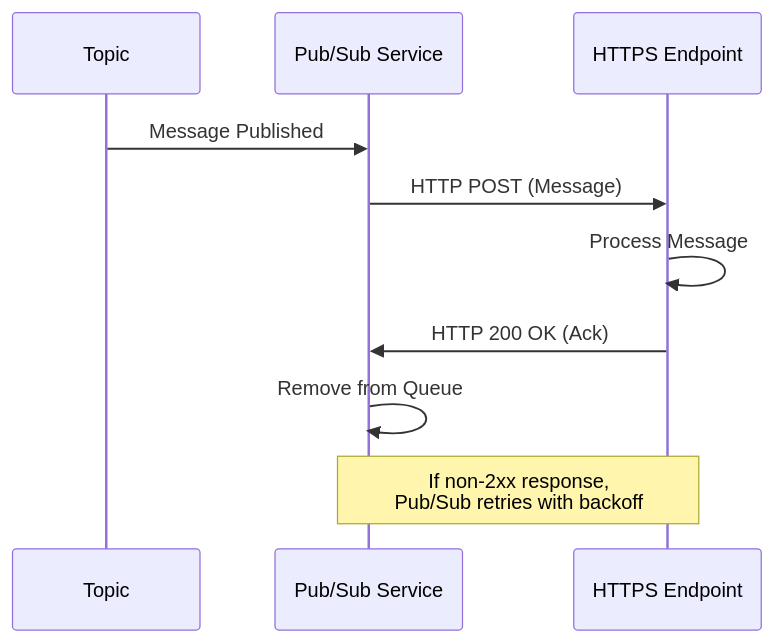
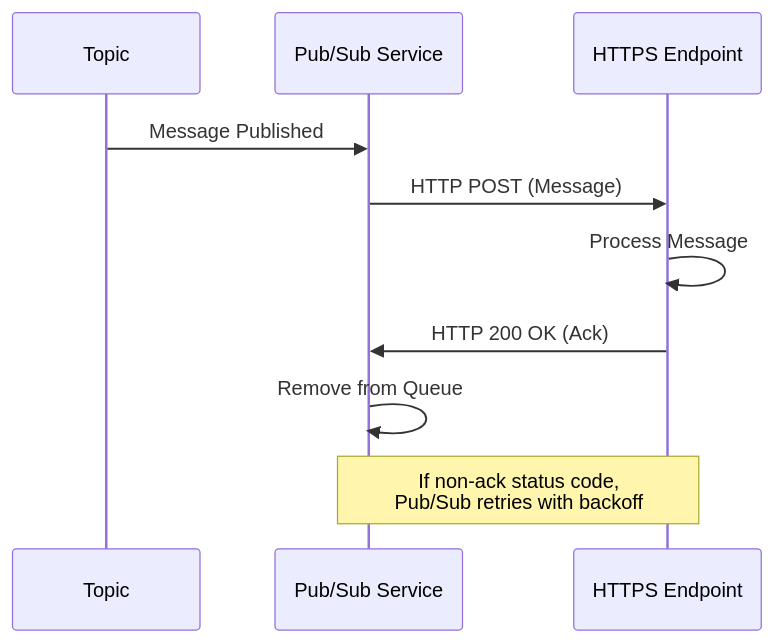
The third of 8 diagrams in posts/2026-01-27-pubsub-subscriptions/README.md (OneUptime/blog), drawn with Mermaid before and after one commit. The commit also changed other lines of this file and 876 other files, not shown here.

````diff
--- a/posts/2026-01-27-pubsub-subscriptions/README.md
+++ b/posts/2026-01-27-pubsub-subscriptions/README.md
@@ -240,14 +240,14 @@
 ```mermaid
 sequenceDiagram
     participant T as Topic
     participant PS as Pub/Sub Service
     participant E as HTTPS Endpoint
 
     T->>PS: Message Published
     PS->>E: HTTP POST (Message)
     E->>E: Process Message
     E->>PS: HTTP 200 OK (Ack)
     PS->>PS: Remove from Queue
 
-    Note over PS,E: If non-2xx response,<br/>Pub/Sub retries with backoff
+    Note over PS,E: If non-ack status code,<br/>Pub/Sub retries with backoff
 ```
````
